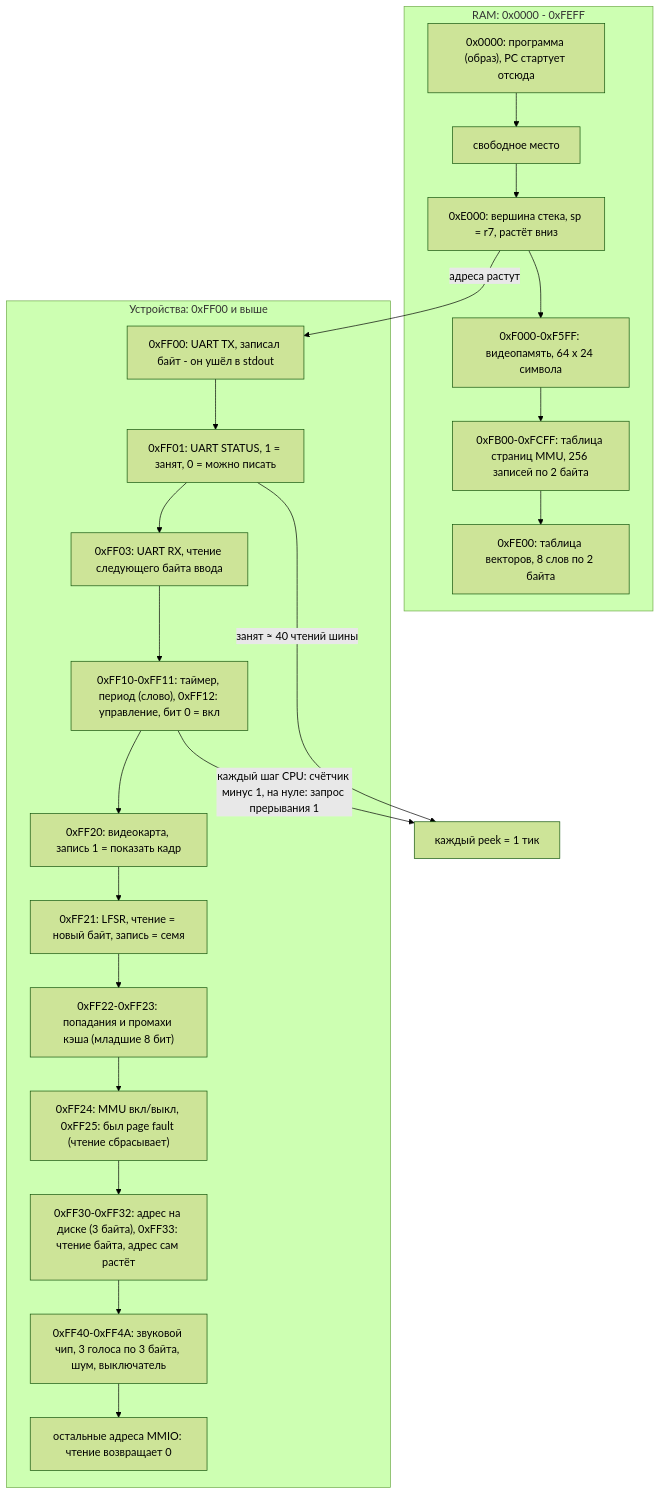
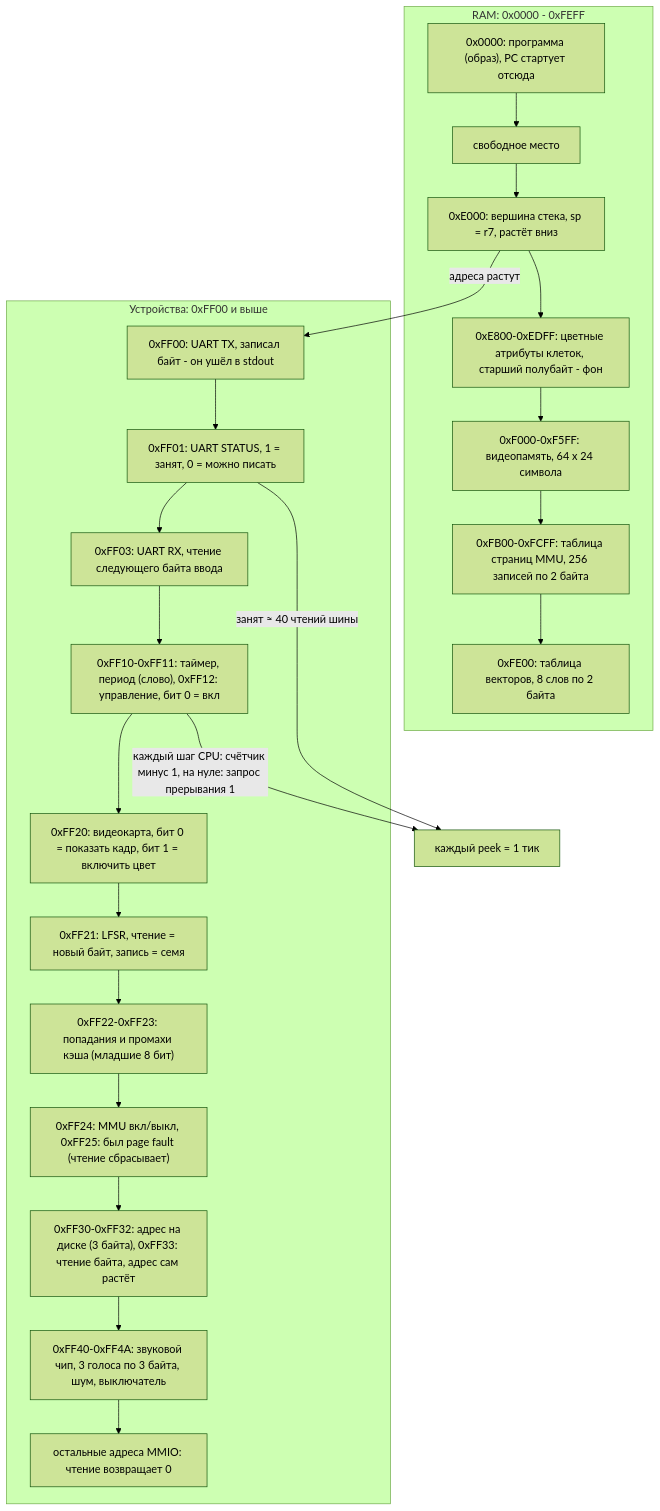
Before and after one commit to loki5512344ss/SummumOS: the fifth of 48 diagrams in чертежи.md, drawn with Mermaid (forest theme). The commit also changed other lines of this file and 17 other files, not shown here.

````diff
--- a/чертежи.md
+++ b/чертежи.md
@@ -88,31 +88,32 @@
 ```mermaid
 graph TB
     subgraph RAM["RAM: 0x0000 - 0xFEFF"]
         prog["0x0000: программа (образ), PC стартует отсюда"]
         free["свободное место"]
         stack["0xE000: вершина стека, sp = r7, растёт вниз"]
+        attr["0xE800-0xEDFF: цветные атрибуты клеток, старший полубайт - фон"]
         vram["0xF000-0xF5FF: видеопамять, 64 x 24 символа"]
         pt["0xFB00-0xFCFF: таблица страниц MMU, 256 записей по 2 байта"]
         vt["0xFE00: таблица векторов, 8 слов по 2 байта"]
-        prog --> free --> stack --> vram --> pt --> vt
+        prog --> free --> stack --> attr --> vram --> pt --> vt
     end
 
     subgraph MMIO["Устройства: 0xFF00 и выше"]
         tx["0xFF00: UART TX, записал байт - он ушёл в stdout"]
         st["0xFF01: UART STATUS, 1 = занят, 0 = можно писать"]
         rx["0xFF03: UART RX, чтение следующего байта ввода"]
-        vid["0xFF20: видеокарта, запись 1 = показать кадр"]
+        vid["0xFF20: видеокарта, бит 0 = показать кадр, бит 1 = включить цвет"]
         rng["0xFF21: LFSR, чтение = новый байт, запись = семя"]
         cac["0xFF22-0xFF23: попадания и промахи кэша (младшие 8 бит)"]
         mmu["0xFF24: MMU вкл/выкл, 0xFF25: был page fault (чтение сбрасывает)"]
         disk["0xFF30-0xFF32: адрес на диске (3 байта), 0xFF33: чтение байта, адрес сам растёт"]
         psg["0xFF40-0xFF4A: звуковой чип, 3 голоса по 3 байта, шум, выключатель"]
         tm["0xFF10-0xFF11: таймер, период (слово), 0xFF12: управление, бит 0 = вкл"]
         rest["остальные адреса MMIO: чтение возвращает 0"]
         tx --> st --> rx --> tm --> vid --> rng --> cac --> mmu --> disk --> psg --> rest
     end
 
     stack -->|"адреса растут"| tx
     st -->|"занят ≈ 40 чтений шины"| tick["каждый peek = 1 тик"]
     tm -->|"каждый шаг CPU: счётчик минус 1, на нуле: запрос прерывания 1"| tick
 ```
````
